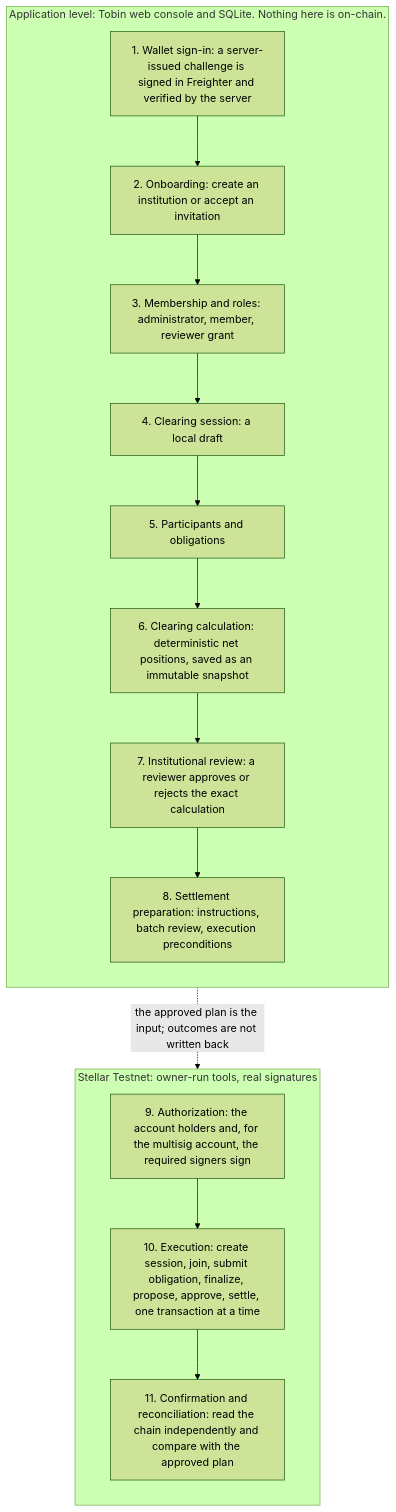
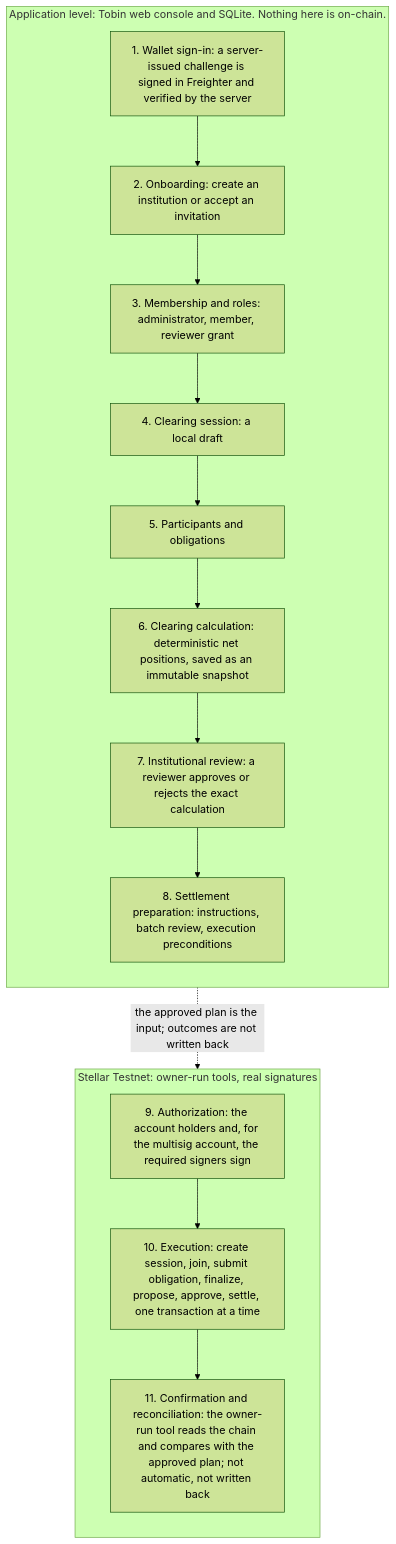
One commit to tobin-protocol/tobin changed the first of 2 diagrams in README.md. Above: the diagram before and after it, drawn with Mermaid (forest theme). The commit also changed other lines of this file and 2 other files, not shown here.

````diff
--- a/README.md
+++ b/README.md
@@ -102,23 +102,23 @@
 ```mermaid
 flowchart TB
   subgraph APP["Application level: Tobin web console and SQLite. Nothing here is on-chain."]
     direction TB
     A1["1. Wallet sign-in: a server-issued challenge is signed in Freighter and verified by the server"]
     A2["2. Onboarding: create an institution or accept an invitation"]
     A3["3. Membership and roles: administrator, member, reviewer grant"]
     A4["4. Clearing session: a local draft"]
     A5["5. Participants and obligations"]
     A6["6. Clearing calculation: deterministic net positions, saved as an immutable snapshot"]
     A7["7. Institutional review: a reviewer approves or rejects the exact calculation"]
     A8["8. Settlement preparation: instructions, batch review, execution preconditions"]
     A1 --> A2 --> A3 --> A4 --> A5 --> A6 --> A7 --> A8
   end
   subgraph STELLAR["Stellar Testnet: owner-run tools, real signatures"]
     direction TB
     S1["9. Authorization: the account holders and, for the multisig account, the required signers sign"]
     S2["10. Execution: create session, join, submit obligation, finalize, propose, approve, settle, one transaction at a time"]
-    S3["11. Confirmation and reconciliation: read the chain independently and compare with the approved plan"]
+    S3["11. Confirmation and reconciliation: the owner-run tool reads the chain and compares with the approved plan; not automatic, not written back"]
     S1 --> S2 --> S3
   end
   A8 -. "the approved plan is the input; outcomes are not written back" .-> S1
 ```
````
